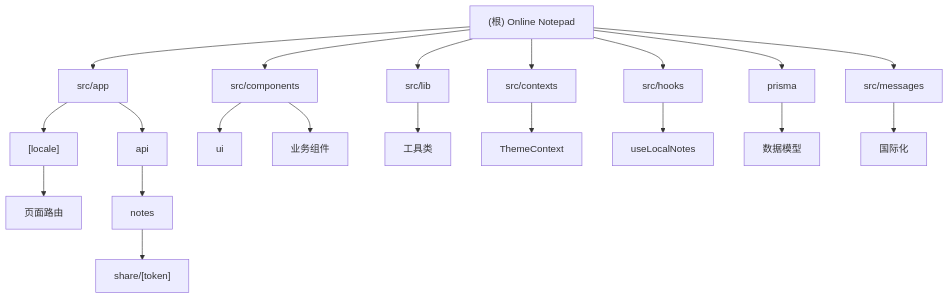
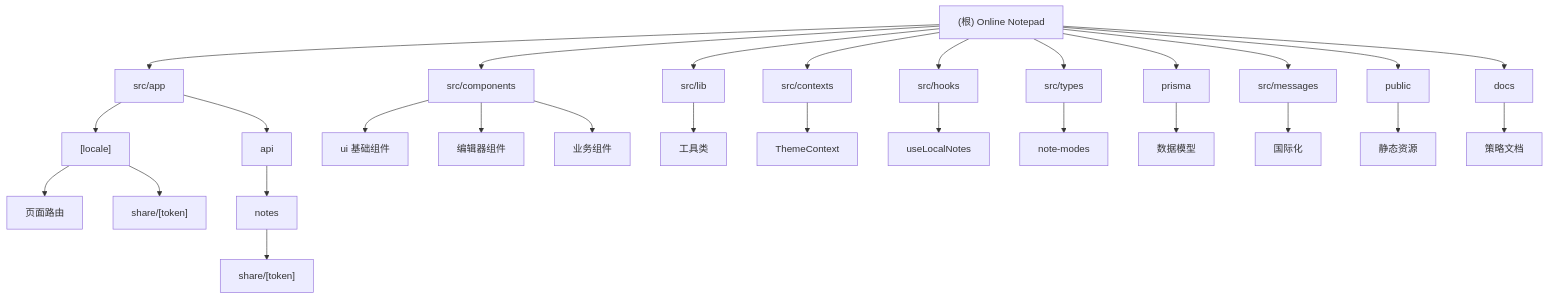
One commit to 89780012/online-notepad changed the diagram in CLAUDE.md. Above: the diagram before and after it, drawn with Mermaid. The commit also changed other lines of this file and 10 other files, not shown here.

````diff
--- a/CLAUDE.md
+++ b/CLAUDE.md
@@ -35,25 +39,33 @@
 ```mermaid
 graph TD
     A["(根) Online Notepad"] --> B["src/app"];
     B --> C["[locale]"];
     C --> D["页面路由"];
-    B --> E["api"];
-    E --> F["notes"];
-    F --> G["share/[token]"];
-    A --> H["src/components"];
-    H --> I["ui"];
-    H --> J["业务组件"];
-    A --> K["src/lib"];
-    K --> L["工具类"];
-    A --> M["src/contexts"];
-    M --> N["ThemeContext"];
-    A --> O["src/hooks"];
-    O --> P["useLocalNotes"];
-    A --> Q["prisma"];
-    Q --> R["数据模型"];
-    A --> S["src/messages"];
-    S --> T["国际化"];
+    C --> E["share/[token]"];
+    B --> F["api"];
+    F --> G["notes"];
+    G --> H["share/[token]"];
+    A --> I["src/components"];
+    I --> J["ui 基础组件"];
+    I --> K["编辑器组件"];
+    I --> L["业务组件"];
+    A --> M["src/lib"];
+    M --> N["工具类"];
+    A --> O["src/contexts"];
+    O --> P["ThemeContext"];
+    A --> Q["src/hooks"];
+    Q --> R["useLocalNotes"];
+    A --> S["src/types"];
+    S --> T["note-modes"];
+    A --> U["prisma"];
+    U --> V["数据模型"];
+    A --> W["src/messages"];
+    W --> X["国际化"];
+    A --> Y["public"];
+    Y --> Z["静态资源"];
+    A --> AA["docs"];
+    AA --> BB["策略文档"];
 
     click B "./src/CLAUDE.md" "查看 src 模块文档"
-    click Q "./prisma/CLAUDE.md" "查看 prisma 模块文档"
+    click U "./prisma/CLAUDE.md" "查看 prisma 模块文档"
 ```
````
